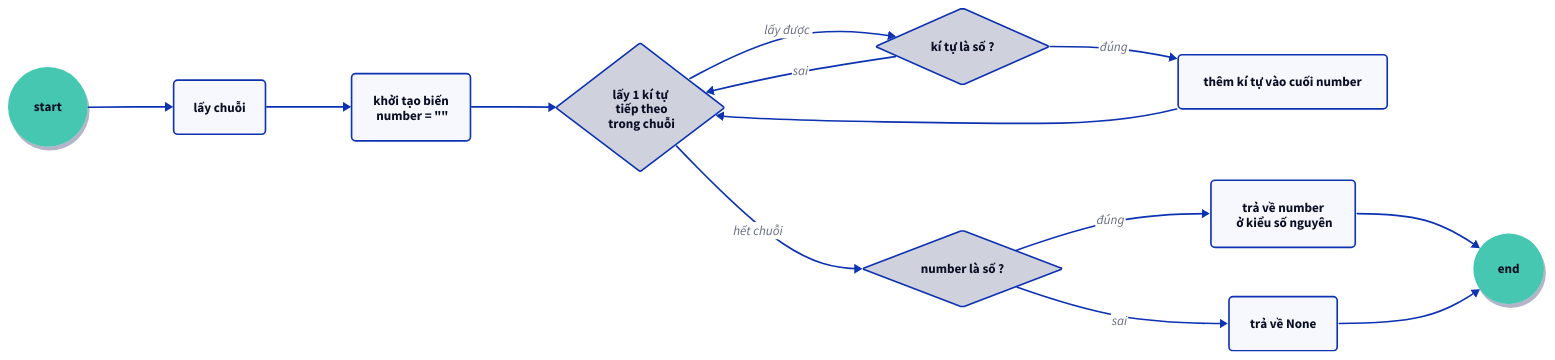
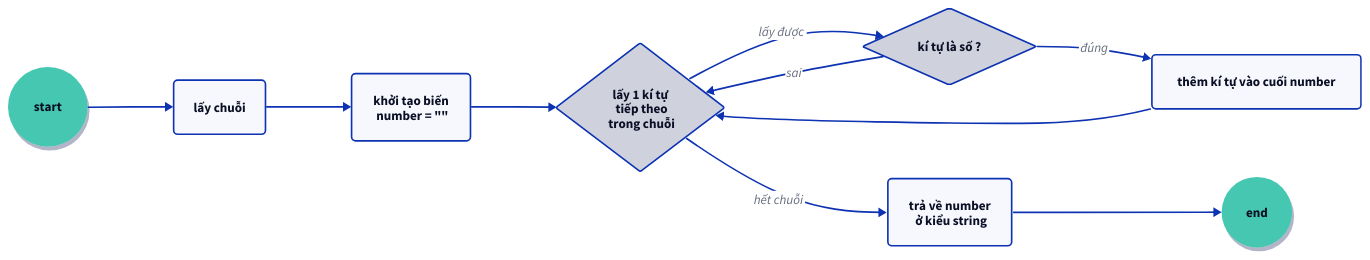
One commit to vuanhtuan1012/algorithms changed the diagram in flowchart/high_school/de_2024_12_21/de1_bai3_cau1.d2. Above: the diagram before and after it, drawn with D2. The commit also changed 4 other files, not shown here.

```diff
--- a/flowchart/high_school/de_2024_12_21/de1_bai3_cau1.d2
+++ b/flowchart/high_school/de_2024_12_21/de1_bai3_cau1.d2
@@ -1,50 +1,42 @@
 # definition
 direction: right
 classes: {
   endpoint: {
     shape: circle
     style: {
       stroke-width: 0
       fill: "#44C7B1"
       shadow: true
     }
   }
 }
 **.style.border-radius: 5
 start.class: endpoint
 end.class: endpoint
 
 
 # workflow
 start -> get_string
 get_string -> init_number
 init_number -> ele_in_string
 ele_in_string -> is_digit: lấy được
 is_digit -> append_to_number: đúng
 append_to_number -> ele_in_string
 is_digit -> ele_in_string: sai
-ele_in_string -> number_is_digit: hết chuỗi
-number_is_digit -> return_number: đúng
+ele_in_string -> return_number: hết chuỗi
 return_number -> end
-number_is_digit -> return_none: sai
-return_none -> end
 
 
 # labels
 get_string: lấy chuỗi
 init_number: khởi tạo biến\n number = ""
 ele_in_string: {
   shape: diamond
   label: lấy 1 kí tự\n tiếp theo\n trong chuỗi
 }
 is_digit: {
   shape: diamond
   label: kí tự là số ?
 }
-number_is_digit: {
-  shape: diamond
-  label: number là số ?
-}
 append_to_number: thêm kí tự vào cuối number
-return_number: trả về number\n ở kiểu số nguyên
-return_none: trả về None
+return_number: trả về number\n ở kiểu string
```
